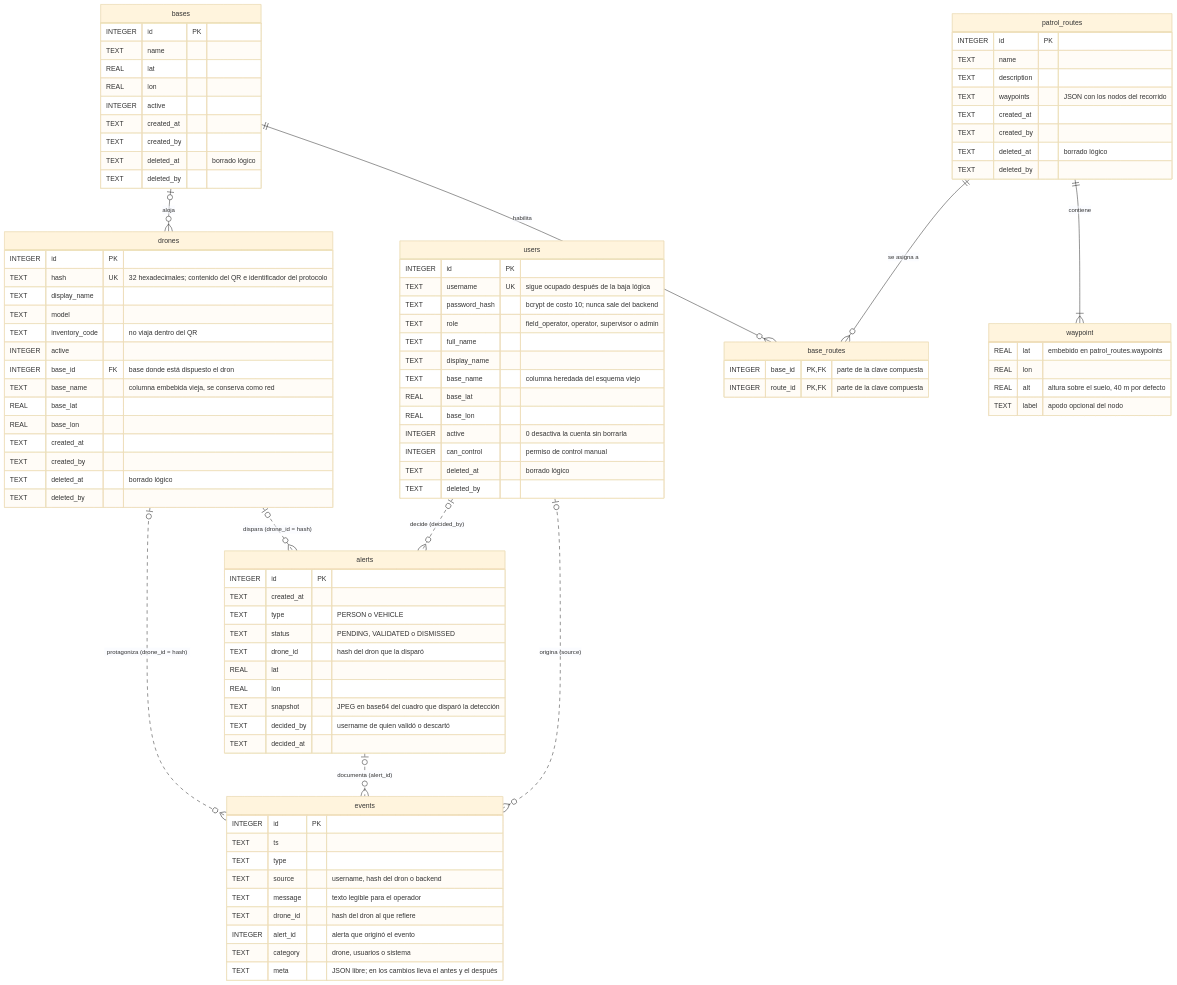
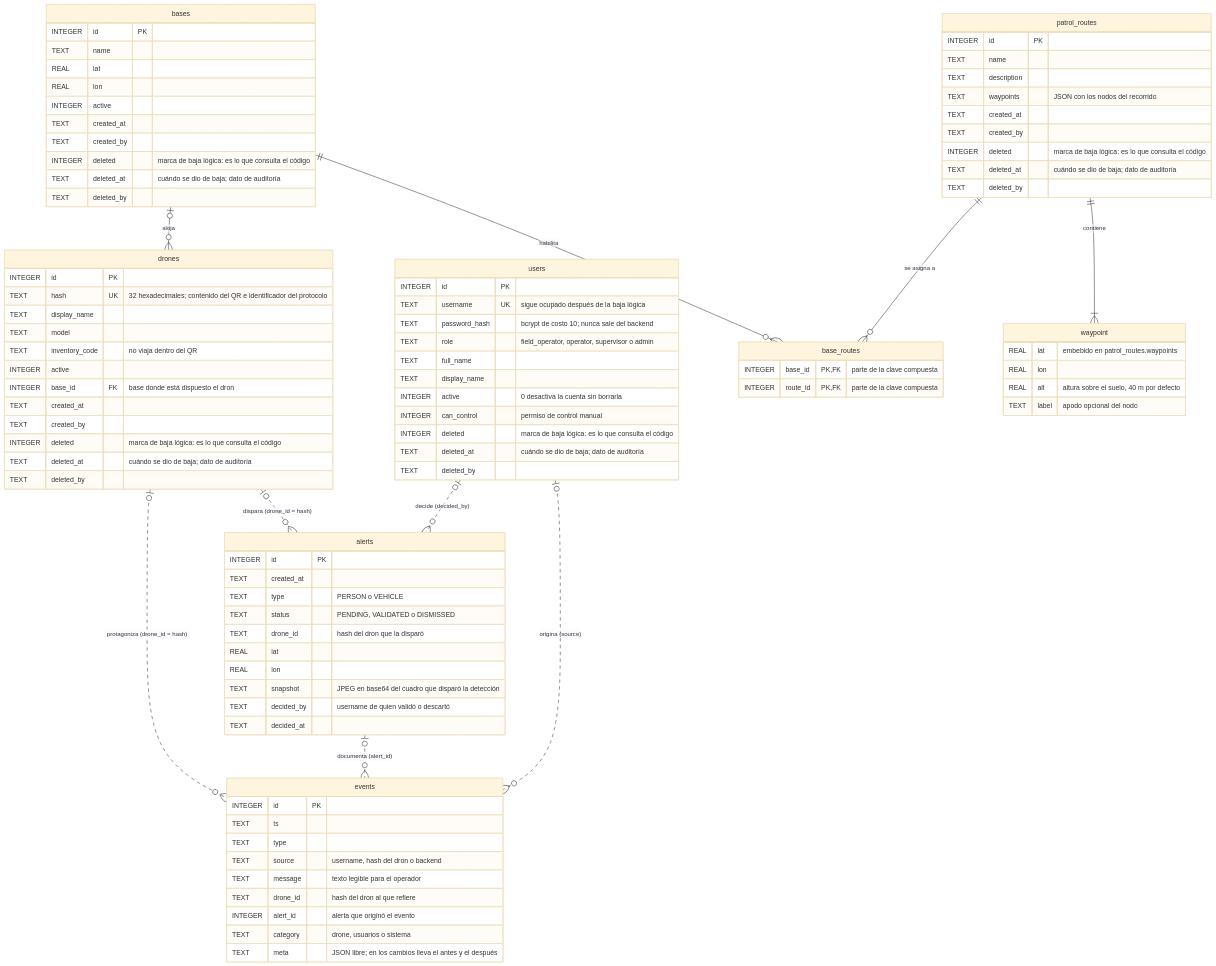
The first of 3 diagrams in docs/MODELO-DE-DATOS.md (NikolasBerntsen/Tesis), drawn with Mermaid (base theme) before and after one commit. The commit also changed other lines of this file and 21 other files, not shown here.

First line of the commit message:
La baja lógica pasa a ser una marca, y la base del dron vive en un solo lugar

```diff
--- a/docs/MODELO-DE-DATOS.md
+++ b/docs/MODELO-DE-DATOS.md
@@ -32,12 +32,10 @@
         TEXT role "field_operator, operator, supervisor o admin"
         TEXT full_name
         TEXT display_name
-        TEXT base_name "columna heredada del esquema viejo"
-        REAL base_lat
-        REAL base_lon
         INTEGER active "0 desactiva la cuenta sin borrarla"
         INTEGER can_control "permiso de control manual"
-        TEXT deleted_at "borrado lógico"
+        INTEGER deleted "marca de baja lógica: es lo que consulta el código"
+        TEXT deleted_at "cuándo se dio de baja; dato de auditoría"
         TEXT deleted_by
     }
 
@@ -49,12 +47,10 @@
         TEXT inventory_code "no viaja dentro del QR"
         INTEGER active
         INTEGER base_id FK "base donde está dispuesto el dron"
-        TEXT base_name "columna embebida vieja, se conserva como red"
-        REAL base_lat
-        REAL base_lon
         TEXT created_at
         TEXT created_by
-        TEXT deleted_at "borrado lógico"
+        INTEGER deleted "marca de baja lógica: es lo que consulta el código"
+        TEXT deleted_at "cuándo se dio de baja; dato de auditoría"
         TEXT deleted_by
     }
 
@@ -66,7 +62,8 @@
         INTEGER active
         TEXT created_at
         TEXT created_by
-        TEXT deleted_at "borrado lógico"
+        INTEGER deleted "marca de baja lógica: es lo que consulta el código"
+        TEXT deleted_at "cuándo se dio de baja; dato de auditoría"
         TEXT deleted_by
     }
 
@@ -77,7 +74,8 @@
         TEXT waypoints "JSON con los nodos del recorrido"
         TEXT created_at
         TEXT created_by
-        TEXT deleted_at "borrado lógico"
+        INTEGER deleted "marca de baja lógica: es lo que consulta el código"
+        TEXT deleted_at "cuándo se dio de baja; dato de auditoría"
         TEXT deleted_by
     }
 
```
